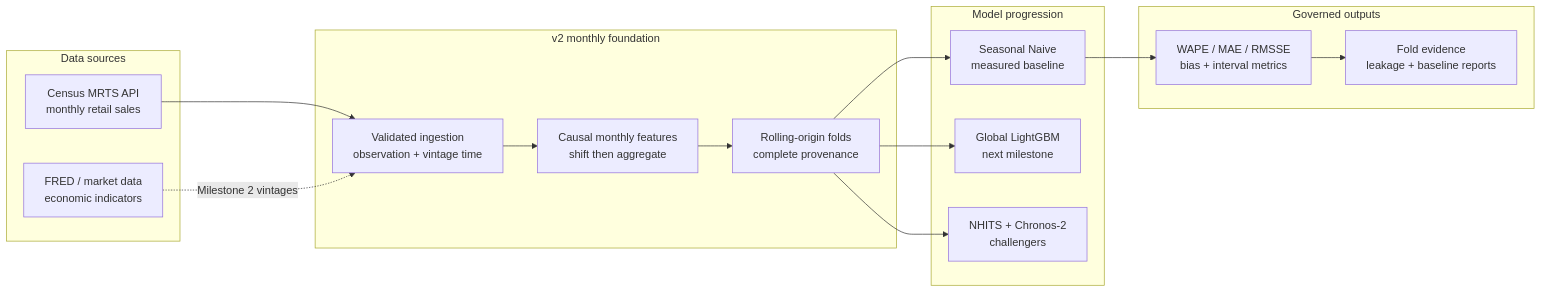
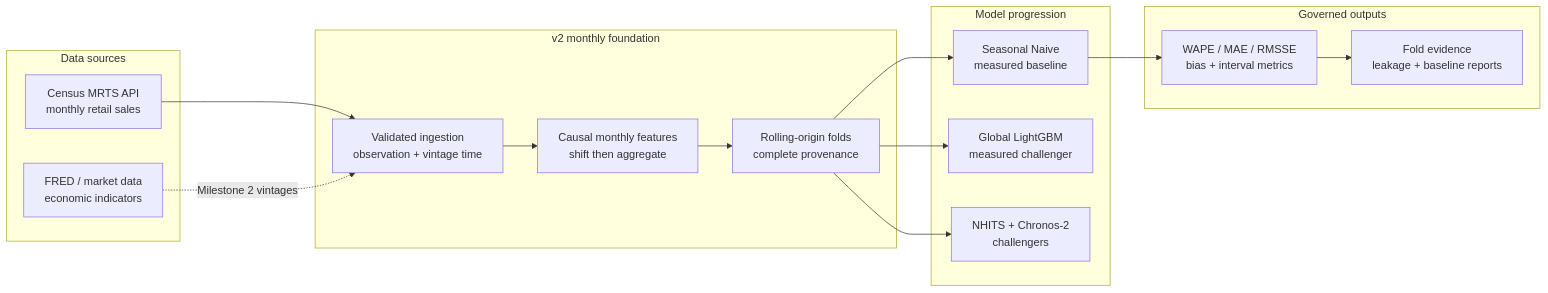
One commit to oleeveeuh/retailPRED changed the diagram in README.md. Above: the diagram before and after it, drawn with Mermaid. The commit also changed other lines of this file and 3 other files, not shown here.

Commit message:
docs: record LightGBM development benchmark

````diff
--- a/README.md
+++ b/README.md
@@ -35,32 +36,32 @@
 ```mermaid
 flowchart LR
     subgraph data [Data sources]
         MRTS[Census MRTS API<br/>monthly retail sales]
         FRED[FRED / market data<br/>economic indicators]
     end
 
     subgraph foundation [v2 monthly foundation]
         INGEST[Validated ingestion<br/>observation + vintage time]
         FEATURES[Causal monthly features<br/>shift then aggregate]
         BACKTEST[Rolling-origin folds<br/>complete provenance]
     end
 
     subgraph models [Model progression]
         SNAIVE[Seasonal Naive<br/>measured baseline]
-        LGBM[Global LightGBM<br/>next milestone]
+        LGBM[Global LightGBM<br/>measured challenger]
         MODERN[NHITS + Chronos-2<br/>challengers]
     end
 
     subgraph evidence [Governed outputs]
         METRICS[WAPE / MAE / RMSSE<br/>bias + interval metrics]
         REPORTS[Fold evidence<br/>leakage + baseline reports]
     end
 
     MRTS --> INGEST
     FRED -. Milestone 2 vintages .-> INGEST
     INGEST --> FEATURES --> BACKTEST
     BACKTEST --> SNAIVE --> METRICS
     BACKTEST --> LGBM
     BACKTEST --> MODERN
     METRICS --> REPORTS
 ```
````
